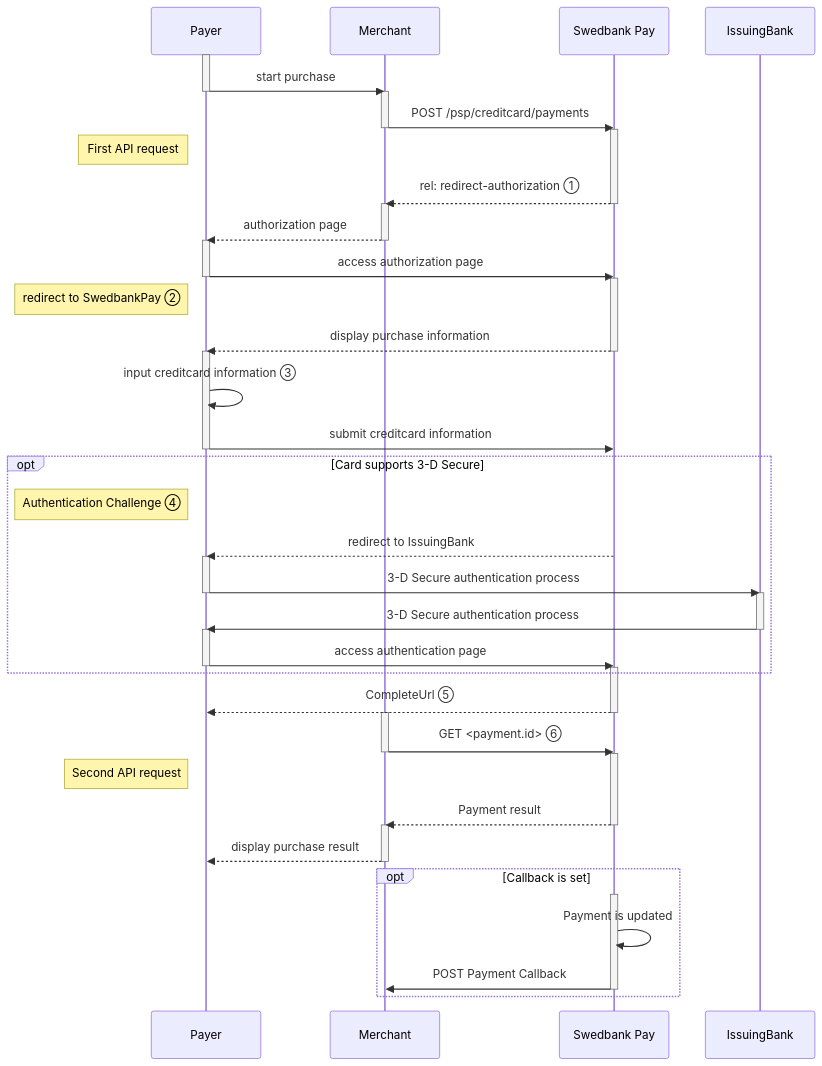
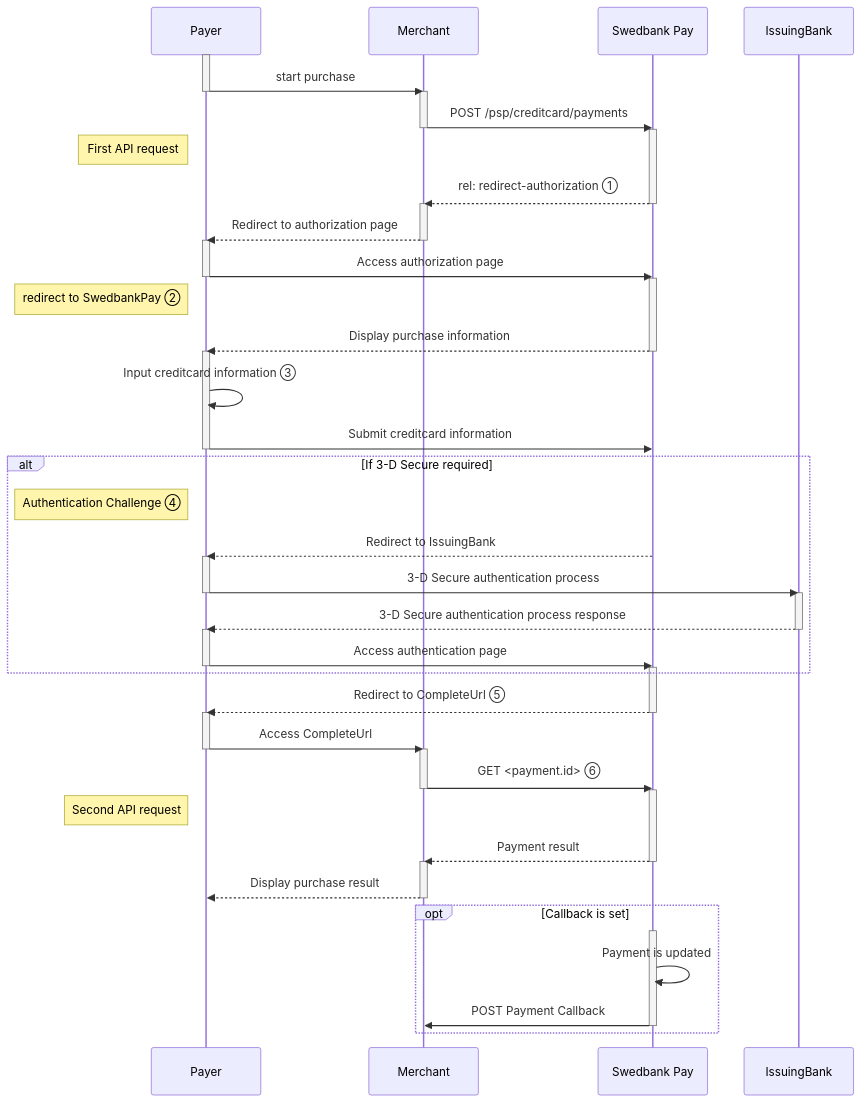
One commit to SwedbankPay/developer.swedbankpay.com changed the diagram in payments/card/redirect.md. Above: the diagram before and after it, drawn with Mermaid. The commit also changed 1 other file, not shown here.

Commit message:
dx-986 corrections in redirect and seamless view credit card diagrams

````diff
--- a/payments/card/redirect.md
+++ b/payments/card/redirect.md
@@ -83,51 +83,53 @@
 ```mermaid
 sequenceDiagram
     participant Payer
     participant Merchant
     participant SwedbankPay as Swedbank Pay
 
     activate Payer
     Payer->>-Merchant: start purchase
     activate Merchant
     Merchant->>-SwedbankPay: POST /psp/creditcard/payments
     activate SwedbankPay
     note left of Payer: First API request
     SwedbankPay-->>-Merchant: rel: redirect-authorization ①
     activate Merchant
-    Merchant-->>-Payer: authorization page
+    Merchant-->>-Payer: Redirect to authorization page
     activate Payer
-    Payer->>-SwedbankPay: access authorization page
+    Payer->>-SwedbankPay: Access authorization page
     activate SwedbankPay
     note left of Payer: redirect to SwedbankPay ②
-    SwedbankPay-->>-Payer: display purchase information
+    SwedbankPay-->>-Payer: Display purchase information
     activate Payer
-    Payer->>Payer: input creditcard information ③
-    Payer->>-SwedbankPay: submit creditcard information
+    Payer->>Payer: Input creditcard information ③
+    Payer->>-SwedbankPay: Submit creditcard information
 
-        opt Card supports 3-D Secure
+        alt If 3-D Secure required
         note left of Payer: Authentication Challenge ④
-        SwedbankPay-->>Payer: redirect to IssuingBank
+        SwedbankPay-->>Payer: Redirect to IssuingBank
         activate Payer
         Payer->>-IssuingBank: 3-D Secure authentication process
         activate IssuingBank
-        IssuingBank->>-Payer: 3-D Secure authentication process
+        IssuingBank-->>-Payer: 3-D Secure authentication process response
         activate Payer
-        Payer->>-SwedbankPay: access authentication page
+        Payer->>-SwedbankPay: Access authentication page
         activate SwedbankPay
         end
 
-    SwedbankPay-->>-Payer: CompleteUrl ⑤
+    SwedbankPay-->>-Payer: Redirect to CompleteUrl ⑤
+    activate Payer
+    Payer->>-Merchant: Access CompleteUrl
     activate Merchant
     Merchant->>-SwedbankPay: GET <payment.id> ⑥
     activate SwedbankPay
     note left of Payer: Second API request
     SwedbankPay-->>-Merchant: Payment result
     activate Merchant
-    Merchant-->>-Payer: display purchase result
+    Merchant-->>-Payer: Display purchase result
 
         opt Callback is set
         activate SwedbankPay
         SwedbankPay->>SwedbankPay: Payment is updated
         SwedbankPay->>-Merchant: POST Payment Callback
         end
 ```
````
